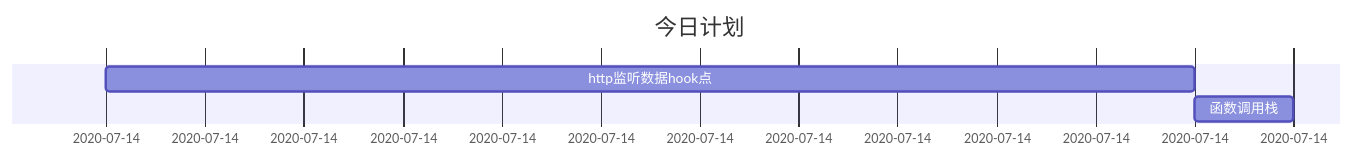
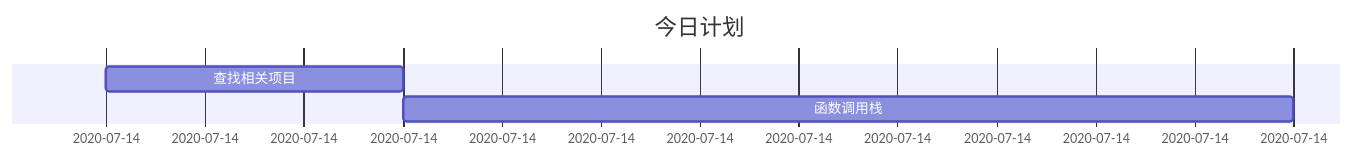
One commit to luotianqi777/Notebook changed the second of 2 diagrams in Plan.md. Above: the diagram before and after it, drawn with Mermaid. The commit also changed 1 other file, not shown here.

Commit message:
今日计划

````diff
--- a/Plan.md
+++ b/Plan.md
@@ -20,7 +20,7 @@
 ```mermaid
 gantt
 dateFormat  HH:mm
 title 今日计划
-http监听数据hook点: 09:00, 20:00
-函数调用栈: 20:00, 21:00
+查找相关项目: 09:00, 12:00
+函数调用栈: 12:00,21:00
 ```
````
